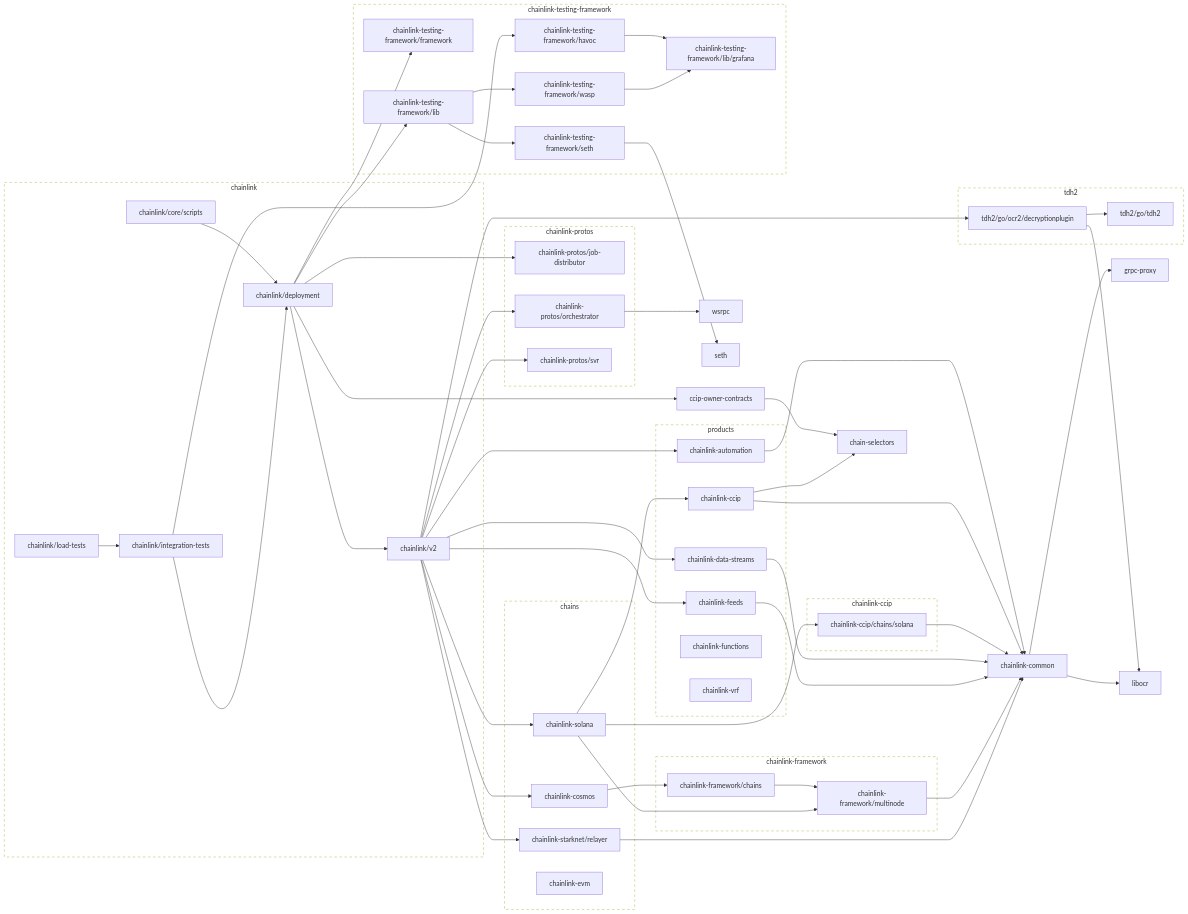
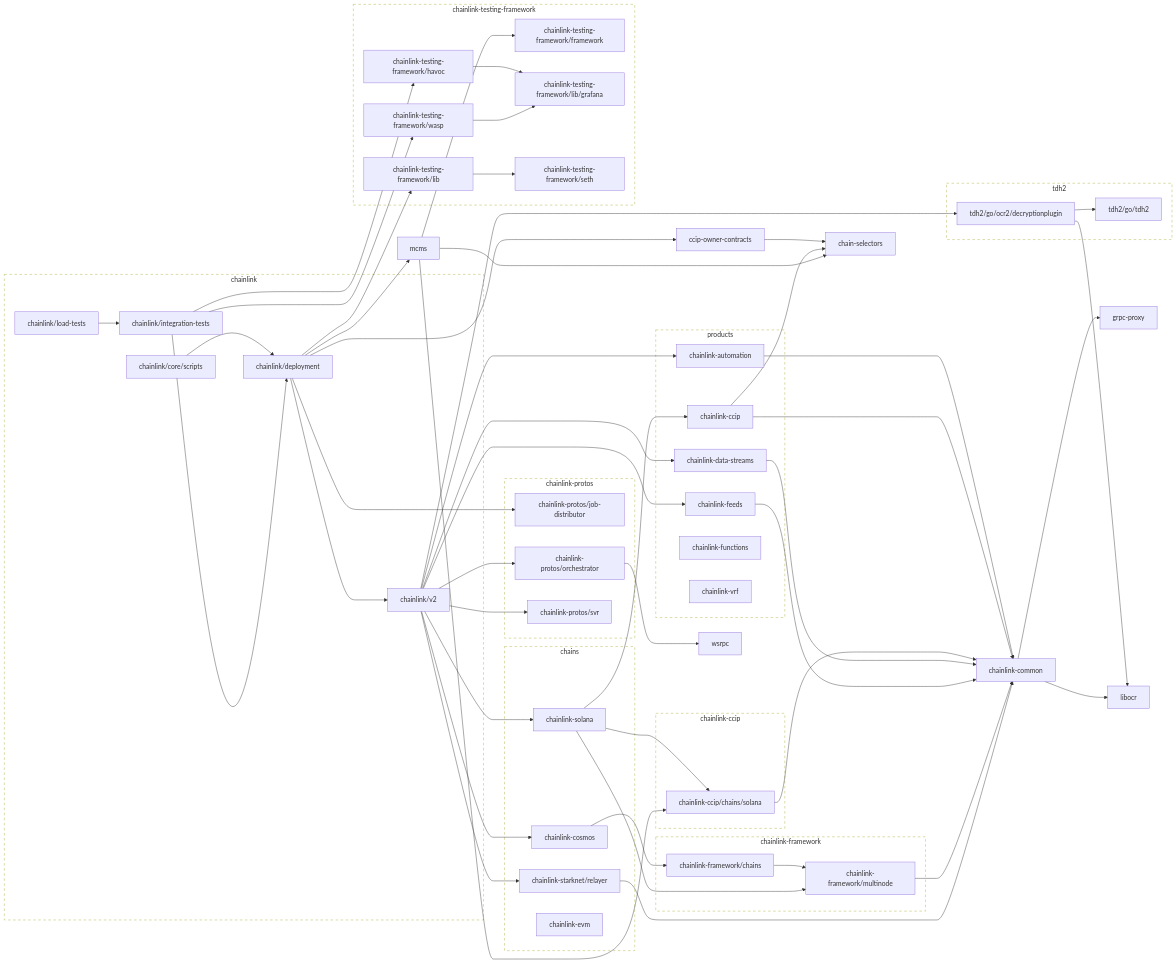
The second of 2 diagrams in go.md (smartcontractkit/chainlink), drawn with Mermaid before and after one commit. The commit also changed 10 other files, not shown here.

```diff
--- a/go.md
+++ b/go.md
@@ -165,11 +165,10 @@
 	chainlink-testing-framework/havoc --> chainlink-testing-framework/lib/grafana
 	click chainlink-testing-framework/havoc href "https://github.com/smartcontractkit/chainlink-testing-framework"
 	chainlink-testing-framework/lib --> chainlink-testing-framework/seth
-	chainlink-testing-framework/lib --> chainlink-testing-framework/wasp
 	click chainlink-testing-framework/lib href "https://github.com/smartcontractkit/chainlink-testing-framework"
 	chainlink-testing-framework/lib/grafana
 	click chainlink-testing-framework/lib/grafana href "https://github.com/smartcontractkit/chainlink-testing-framework"
-	chainlink-testing-framework/seth --> seth
+	chainlink-testing-framework/seth
 	click chainlink-testing-framework/seth href "https://github.com/smartcontractkit/chainlink-testing-framework"
 	chainlink-testing-framework/wasp --> chainlink-testing-framework/lib/grafana
 	click chainlink-testing-framework/wasp href "https://github.com/smartcontractkit/chainlink-testing-framework"
@@ -177,11 +176,12 @@
 	click chainlink/core/scripts href "https://github.com/smartcontractkit/chainlink"
 	chainlink/deployment --> ccip-owner-contracts
 	chainlink/deployment --> chainlink-protos/job-distributor
-	chainlink/deployment --> chainlink-testing-framework/framework
 	chainlink/deployment --> chainlink-testing-framework/lib
 	chainlink/deployment --> chainlink/v2
+	chainlink/deployment --> mcms
 	click chainlink/deployment href "https://github.com/smartcontractkit/chainlink"
 	chainlink/integration-tests --> chainlink-testing-framework/havoc
+	chainlink/integration-tests --> chainlink-testing-framework/wasp
 	chainlink/integration-tests --> chainlink/deployment
 	click chainlink/integration-tests href "https://github.com/smartcontractkit/chainlink"
 	chainlink/load-tests --> chainlink/integration-tests
@@ -200,8 +200,10 @@
 	click grpc-proxy href "https://github.com/smartcontractkit/grpc-proxy"
 	libocr
 	click libocr href "https://github.com/smartcontractkit/libocr"
-	seth
-	click seth href "https://github.com/smartcontractkit/seth"
+	mcms --> chain-selectors
+	mcms --> chainlink-ccip/chains/solana
+	mcms --> chainlink-testing-framework/framework
+	click mcms href "https://github.com/smartcontractkit/mcms"
 	tdh2/go/ocr2/decryptionplugin --> libocr
 	tdh2/go/ocr2/decryptionplugin --> tdh2/go/tdh2
 	click tdh2/go/ocr2/decryptionplugin href "https://github.com/smartcontractkit/tdh2"
```
